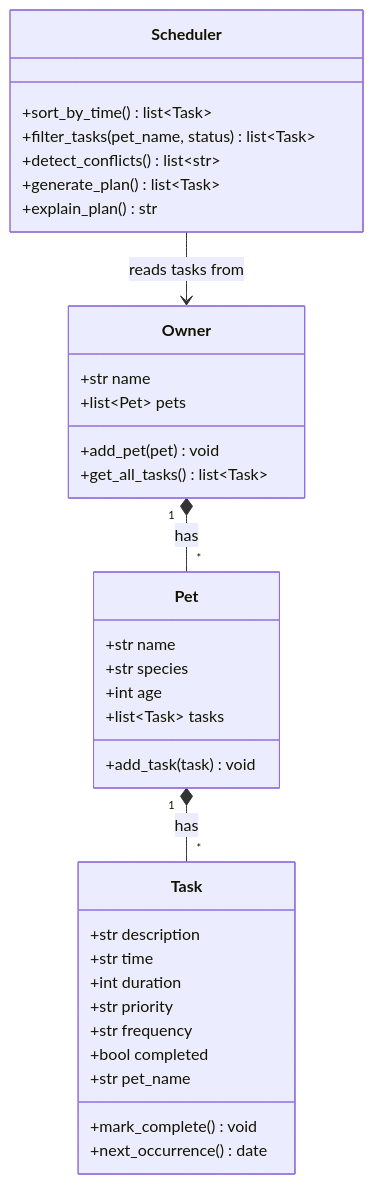
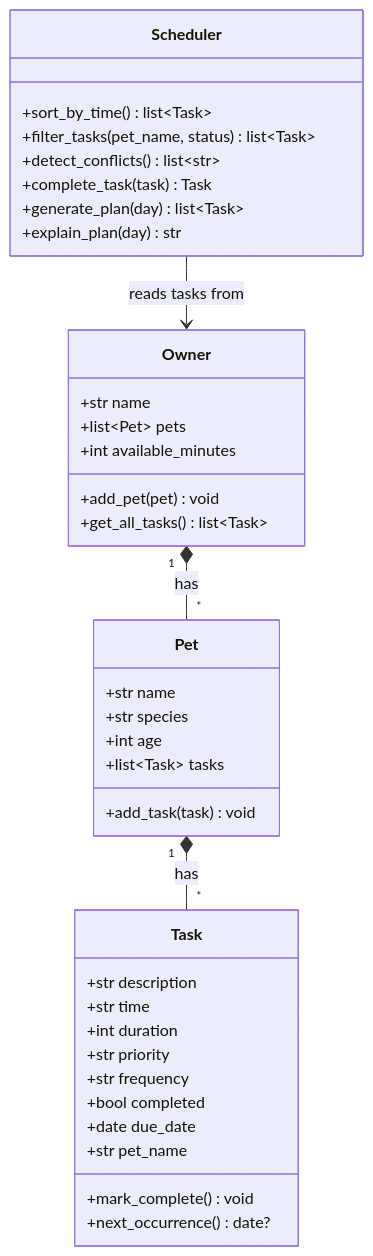
The diagram in diagrams/uml.mmd (EnigmaEngineer/ai110-module2show-pawpal-starter), drawn with Mermaid before and after one commit. The commit also changed 2 other files, not shown here.

```diff
--- a/diagrams/uml.mmd
+++ b/diagrams/uml.mmd
@@ -1,39 +1,42 @@
 classDiagram
     class Owner {
         +str name
         +list~Pet~ pets
+        +int available_minutes
         +add_pet(pet) void
         +get_all_tasks() list~Task~
     }
 
     class Pet {
         +str name
         +str species
         +int age
         +list~Task~ tasks
         +add_task(task) void
     }
 
     class Task {
         +str description
         +str time
         +int duration
         +str priority
         +str frequency
         +bool completed
+        +date due_date
         +str pet_name
         +mark_complete() void
-        +next_occurrence() date
+        +next_occurrence() date?
     }
 
     class Scheduler {
         +sort_by_time() list~Task~
         +filter_tasks(pet_name, status) list~Task~
         +detect_conflicts() list~str~
-        +generate_plan() list~Task~
-        +explain_plan() str
+        +complete_task(task) Task
+        +generate_plan(day) list~Task~
+        +explain_plan(day) str
     }
 
     Owner "1" *-- "*" Pet : has
     Pet "1" *-- "*" Task : has
     Scheduler --> Owner : reads tasks from
```
